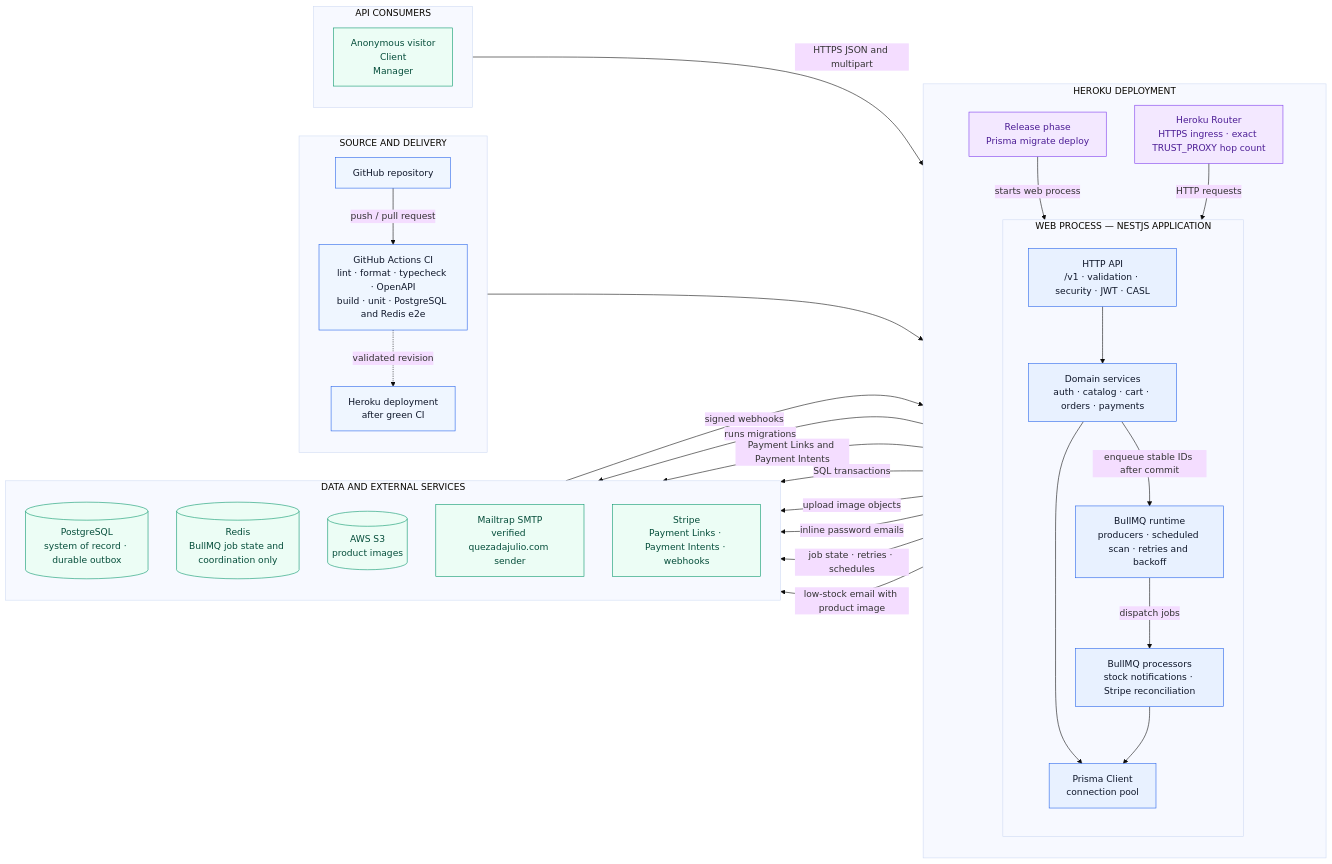
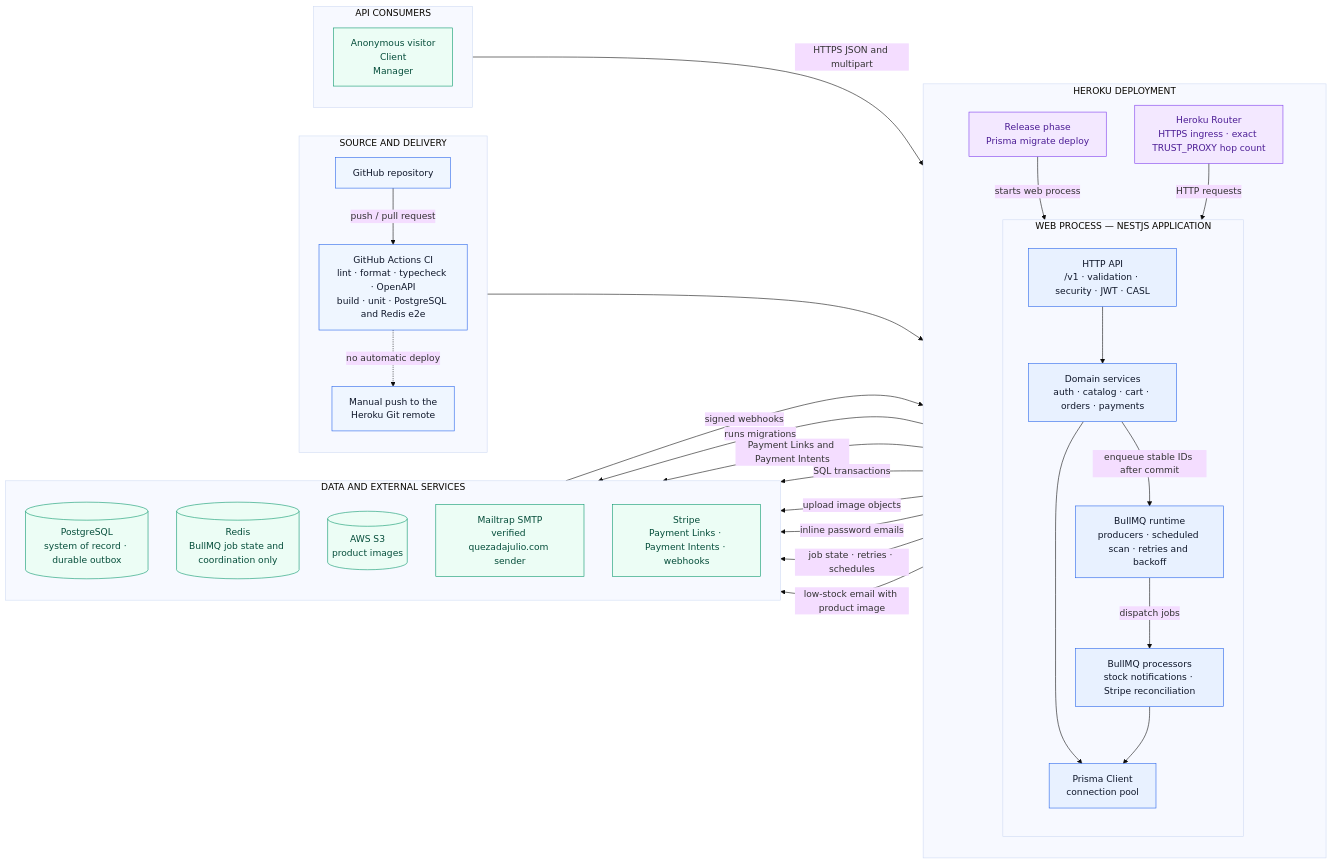
Before and after one commit to Alejandroq12/tshirt-store-api: the diagram in docs/architecture.md, drawn with Mermaid (base theme). The commit also changed other lines of this file, not shown here.

Commit message:
docs(architecture): show the manual Heroku Git deploy

````diff
--- a/docs/architecture.md
+++ b/docs/architecture.md
@@ -9,75 +9,75 @@
 ```mermaid
 flowchart LR
 
   subgraph DELIVERY["SOURCE AND DELIVERY"]
     direction TB
     REPO["GitHub repository"]
     CI["GitHub Actions CI<br/>lint · format · typecheck · OpenAPI<br/>build · unit · PostgreSQL and Redis e2e"]
-    DEPLOY["Heroku deployment<br/>after green CI"]
+    DEPLOY["Manual push to the<br/>Heroku Git remote"]
 
     REPO -->|"push / pull request"| CI
-    CI -.->|"validated revision"| DEPLOY
+    CI -.->|"no automatic deploy"| DEPLOY
   end
 
   subgraph CONSUMERS["API CONSUMERS"]
     direction TB
     USERS["Anonymous visitor<br/>Client<br/>Manager"]
   end
 
   subgraph HEROKU["HEROKU DEPLOYMENT"]
     direction TB
     RELEASE["Release phase<br/>Prisma migrate deploy"]
     ROUTER["Heroku Router<br/>HTTPS ingress · exact TRUST_PROXY hop count"]
 
     subgraph WEB["WEB PROCESS — NESTJS APPLICATION"]
       direction TB
       HTTP["HTTP API<br/>/v1 · validation · security · JWT · CASL"]
       DOMAIN["Domain services<br/>auth · catalog · cart · orders · payments"]
       BULL["BullMQ runtime<br/>producers · scheduled scan · retries and backoff"]
       WORKERS["BullMQ processors<br/>stock notifications · Stripe reconciliation"]
       PRISMA["Prisma Client<br/>connection pool"]
 
       HTTP --> DOMAIN
       DOMAIN --> PRISMA
       DOMAIN -->|"enqueue stable IDs after commit"| BULL
       BULL -->|"dispatch jobs"| WORKERS
       WORKERS --> PRISMA
     end
 
     RELEASE -->|"starts web process"| HTTP
     ROUTER -->|"HTTP requests"| HTTP
   end
 
   subgraph SERVICES["DATA AND EXTERNAL SERVICES"]
     direction TB
     DATABASE[("PostgreSQL<br/>system of record · durable outbox")]
     REDIS[("Redis<br/>BullMQ job state and coordination only")]
     STORAGE[("AWS S3<br/>product images")]
     EMAIL["Mailtrap SMTP<br/>verified quezadajulio.com sender"]
     STRIPE["Stripe<br/>Payment Links · Payment Intents · webhooks"]
   end
 
   DEPLOY --> RELEASE
   RELEASE -->|"runs migrations"| DATABASE
 
   USERS -->|"HTTPS JSON and multipart"| ROUTER
   STRIPE -->|"signed webhooks"| ROUTER
 
   DOMAIN -->|"Payment Links and Payment Intents"| STRIPE
   PRISMA -->|"SQL transactions"| DATABASE
   DOMAIN -->|"upload image objects"| STORAGE
   DOMAIN -->|"inline password emails"| EMAIL
 
   BULL -->|"job state · retries · schedules"| REDIS
   WORKERS -->|"low-stock email with product image"| EMAIL
 
   classDef delivery fill:#EFF6FF,stroke:#2563EB,color:#0F172A
   classDef platform fill:#F3E8FF,stroke:#7C3AED,color:#4C1D95
   classDef application fill:#E8F1FF,stroke:#2563EB,color:#0F172A
   classDef external fill:#ECFDF5,stroke:#059669,color:#064E3B
 
   class REPO,CI,DEPLOY delivery
   class RELEASE,ROUTER platform
   class HTTP,DOMAIN,BULL,WORKERS,PRISMA application
   class USERS,DATABASE,REDIS,STORAGE,EMAIL,STRIPE external
 ```
````
